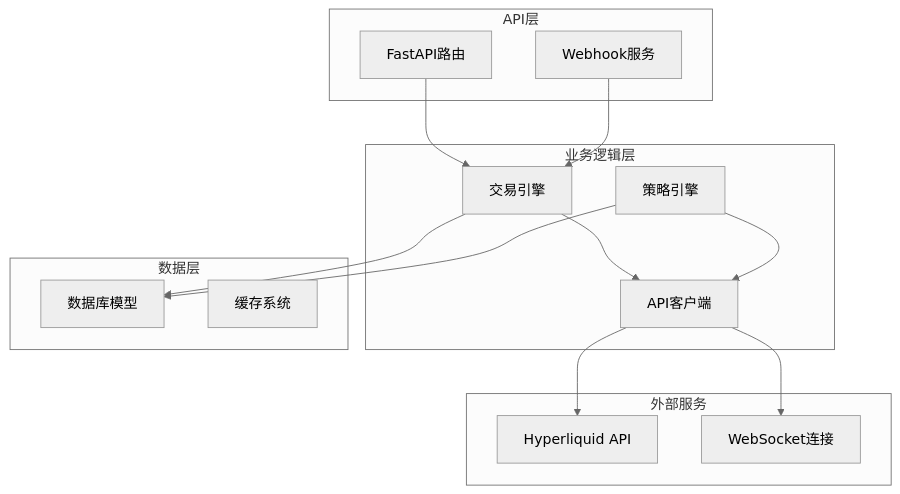
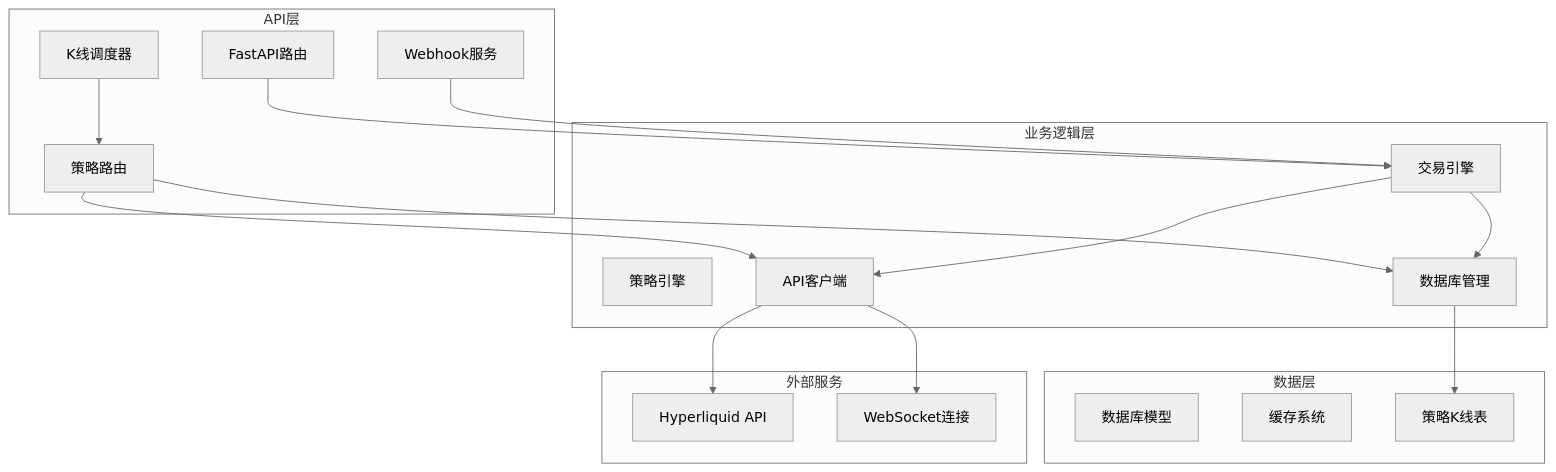
The first of 10 diagrams in .qoder/repowiki/zh/content/交易所集成/Hyperliquid交易所集成.md (zyf266/ending), drawn with Mermaid (neutral theme) before and after one commit. The commit also changed other lines of this file and 60 other files, not shown here.

````diff
--- a/.qoder/repowiki/zh/content/交易所集成/Hyperliquid交易所集成.md
+++ b/.qoder/repowiki/zh/content/交易所集成/Hyperliquid交易所集成.md
@@ -43,28 +55,34 @@
 ```mermaid
 graph TB
 subgraph "API层"
 API[FastAPI路由]
 WEBHOOK[Webhook服务]
+STRATEGY_ROUTER[策略路由]
+SCHEDULER[K线调度器]
 end
 subgraph "业务逻辑层"
 ENGINE[交易引擎]
 STRATEGY[策略引擎]
 CLIENT[API客户端]
+DB[数据库管理]
 end
 subgraph "数据层"
 MODELS[数据库模型]
 CACHE[缓存系统]
+KLINE_DB[策略K线表]
 end
 subgraph "外部服务"
 HYPERLIQUID[Hyperliquid API]
 WEBSOCKET[WebSocket连接]
 end
 API --> ENGINE
 WEBHOOK --> ENGINE
+STRATEGY_ROUTER --> DB
+STRATEGY_ROUTER --> CLIENT
+SCHEDULER --> STRATEGY_ROUTER
 ENGINE --> CLIENT
-STRATEGY --> CLIENT
+ENGINE --> DB
 CLIENT --> HYPERLIQUID
 CLIENT --> WEBSOCKET
-ENGINE --> MODELS
-STRATEGY --> MODELS
+DB --> KLINE_DB
 ```
````
